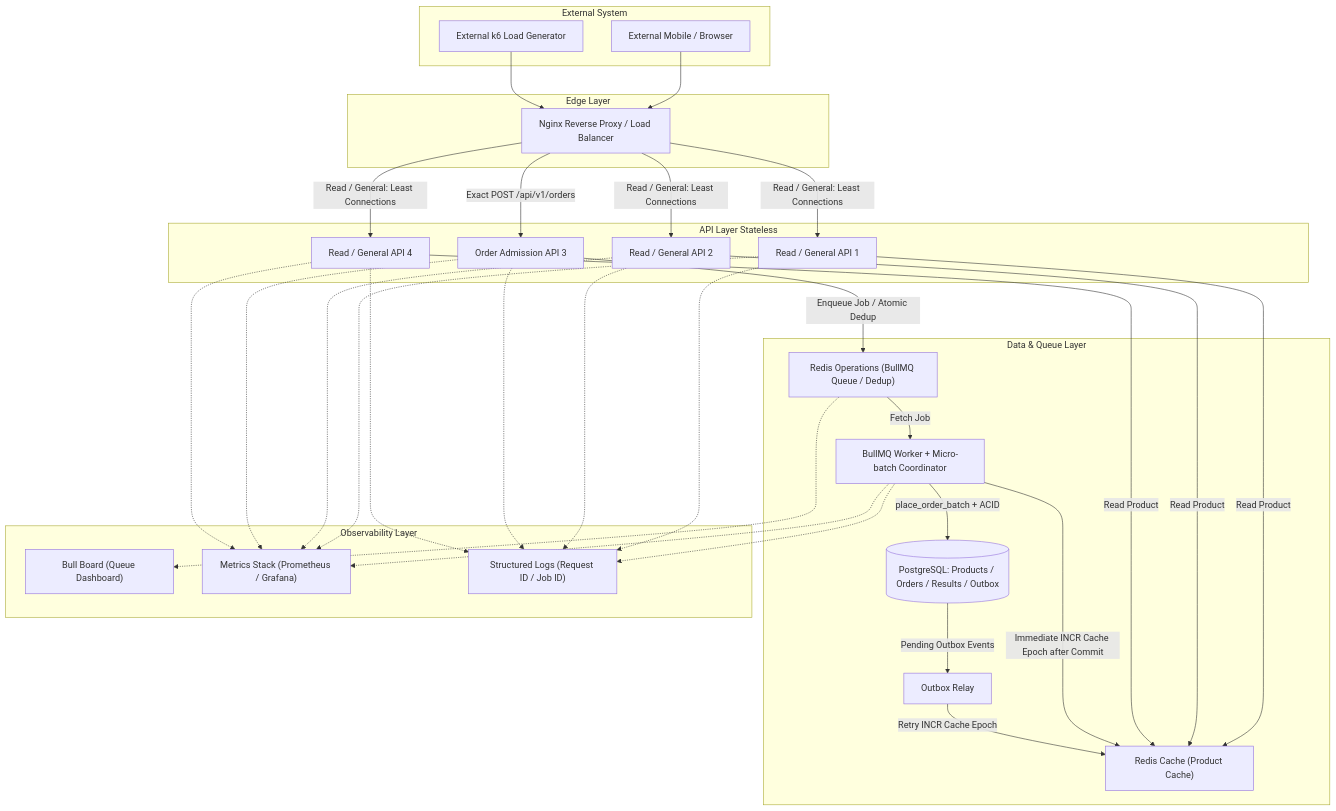
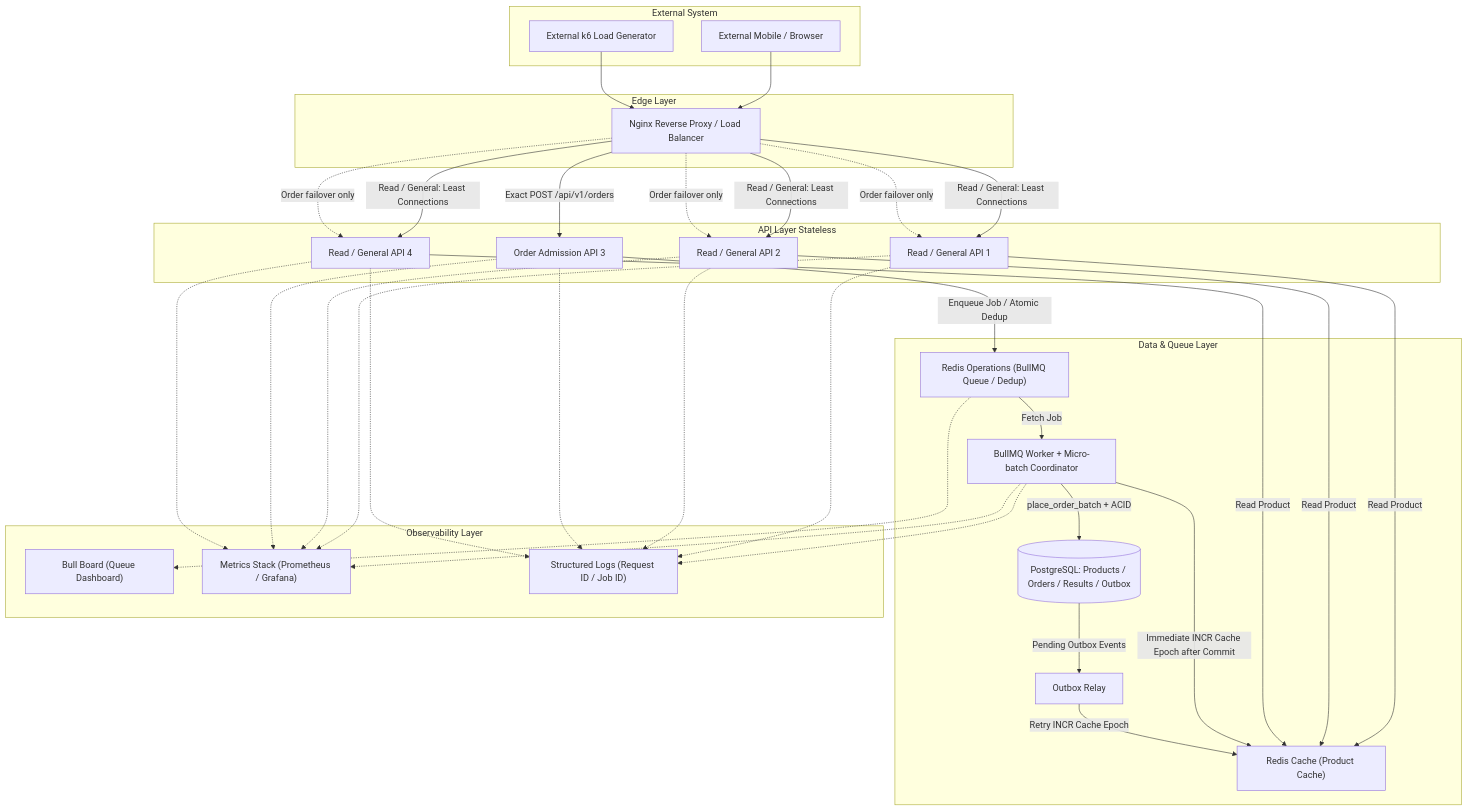
Before and after one commit to sanpipop/FlashSaleSystem: the diagram in doc/architecture/architecture.md, drawn with Mermaid. The commit also changed other lines of this file and 3 other files, not shown here.

First line of the commit message:
fix(edge): add failover for order admission

````diff
--- a/doc/architecture/architecture.md
+++ b/doc/architecture/architecture.md
@@ -48,63 +48,66 @@
 ```mermaid
 graph TD
     subgraph External System
         Client["External Mobile / Browser"]
         k6["External k6 Load Generator"]
     end
 
     subgraph Edge Layer
         Nginx["Nginx Reverse Proxy / Load Balancer"]
     end
 
     subgraph API Layer Stateless
         API1["Read / General API 1"]
         API2["Read / General API 2"]
         API4["Read / General API 4"]
         API3["Order Admission API 3"]
     end
 
     subgraph Data & Queue Layer
         RedisCache["Redis Cache (Product Cache)"]
         RedisOps["Redis Operations (BullMQ Queue / Dedup)"]
         Worker["BullMQ Worker + Micro-batch Coordinator"]
         PostgreSQL[("PostgreSQL: Products / Orders / Results / Outbox")]
         Outbox["Outbox Relay"]
     end
 
     subgraph Observability Layer
         BullBoard["Bull Board (Queue Dashboard)"]
         Metrics["Metrics Stack (Prometheus / Grafana)"]
         Logs["Structured Logs (Request ID / Job ID)"]
     end
 
     Client --> Nginx
     k6 --> Nginx
     Nginx -->|Read / General: Least Connections| API1
     Nginx -->|Read / General: Least Connections| API2
     Nginx -->|Read / General: Least Connections| API4
     Nginx -->|Exact POST /api/v1/orders| API3
+    Nginx -.->|Order failover only| API1
+    Nginx -.->|Order failover only| API2
+    Nginx -.->|Order failover only| API4
 
     API1 -->|Read Product| RedisCache
     API2 -->|Read Product| RedisCache
     API4 -->|Read Product| RedisCache
 
     API3 -->|Enqueue Job / Atomic Dedup| RedisOps
 
     RedisOps -->|Fetch Job| Worker
     Worker -->|place_order_batch + ACID| PostgreSQL
     PostgreSQL -->|Pending Outbox Events| Outbox
     Worker -->|Immediate INCR Cache Epoch after Commit| RedisCache
     Outbox -->|Retry INCR Cache Epoch| RedisCache
 
     RedisOps -.-> BullBoard
     API1 -.-> Logs
     API2 -.-> Logs
     API3 -.-> Logs
     API4 -.-> Logs
     Worker -.-> Logs
     API1 -.-> Metrics
     API2 -.-> Metrics
     API3 -.-> Metrics
     API4 -.-> Metrics
     Worker -.-> Metrics
 ```
````
